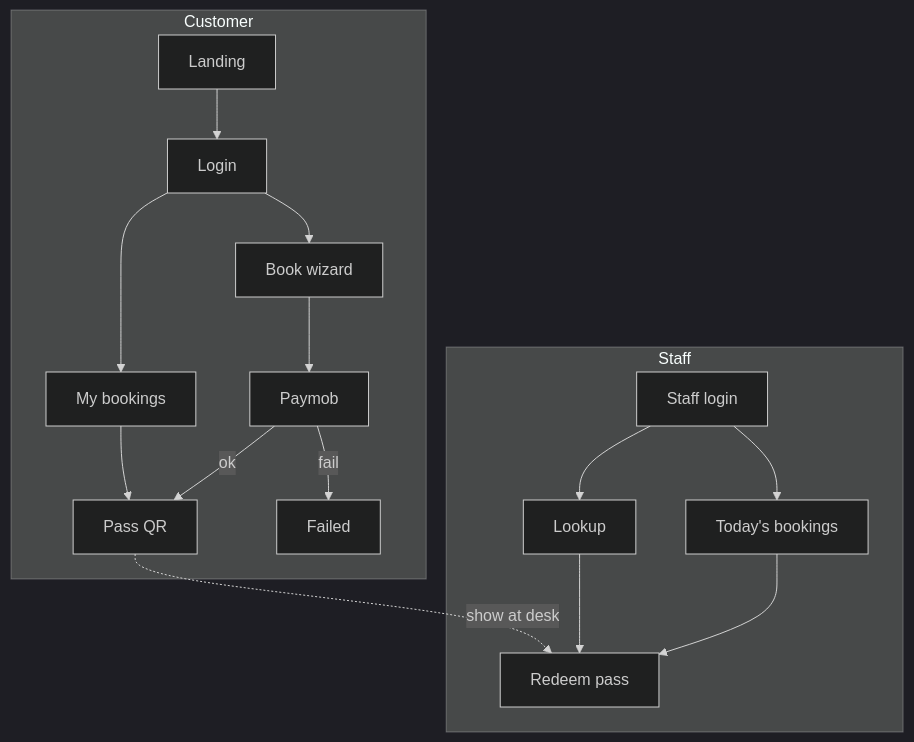
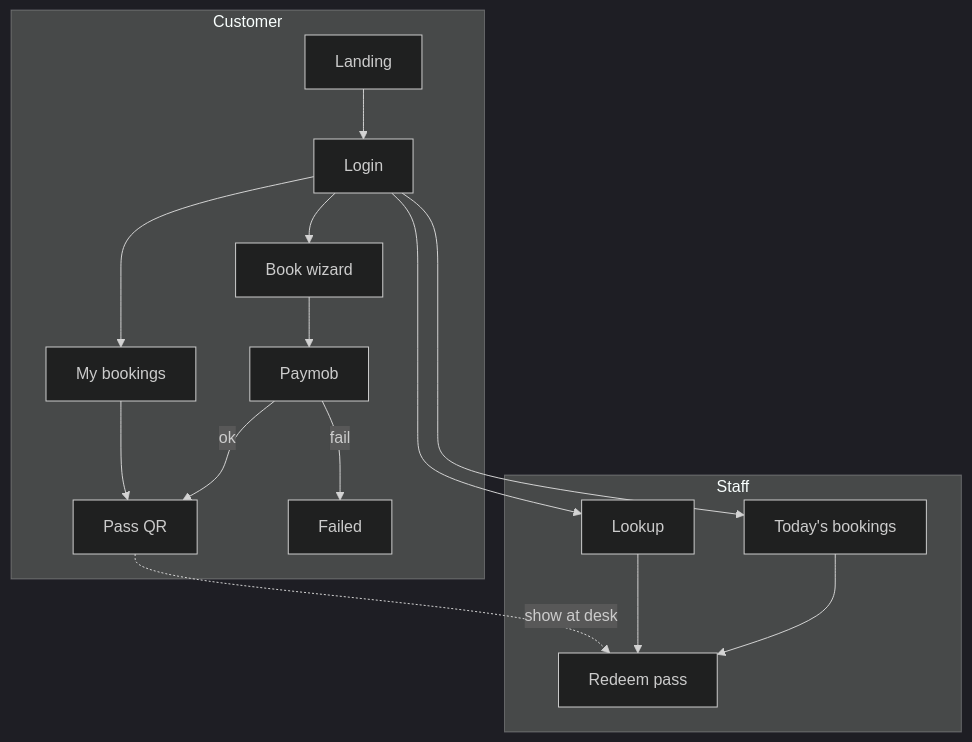
The diagram in docs/stitch/screen-matrix.md (AhmedOssama22dev/Mahgooz), drawn with Mermaid (dark theme) before and after one commit. The commit also changed other lines of this file and 42 other files, not shown here.

````diff
--- a/docs/stitch/screen-matrix.md
+++ b/docs/stitch/screen-matrix.md
@@ -46,21 +45,21 @@
 ```mermaid
 flowchart TB
   subgraph customer [Customer]
     L[Landing] --> Login
     Login --> Book[Book wizard]
     Book --> Pay[Paymob]
     Pay -->|ok| Pass[Pass QR]
     Pay -->|fail| Failed
     Login --> MyBook[My bookings]
     MyBook --> Pass
   end
 
   subgraph staff [Staff]
-    SL[Staff login] --> SB[Today's bookings]
-    SL --> Lookup
+    Login --> SB[Today's bookings]
+    Login --> Lookup
     SB --> Redeem[Redeem pass]
     Lookup --> Redeem
   end
 
   Pass -.->|show at desk| Redeem
 ```
````
